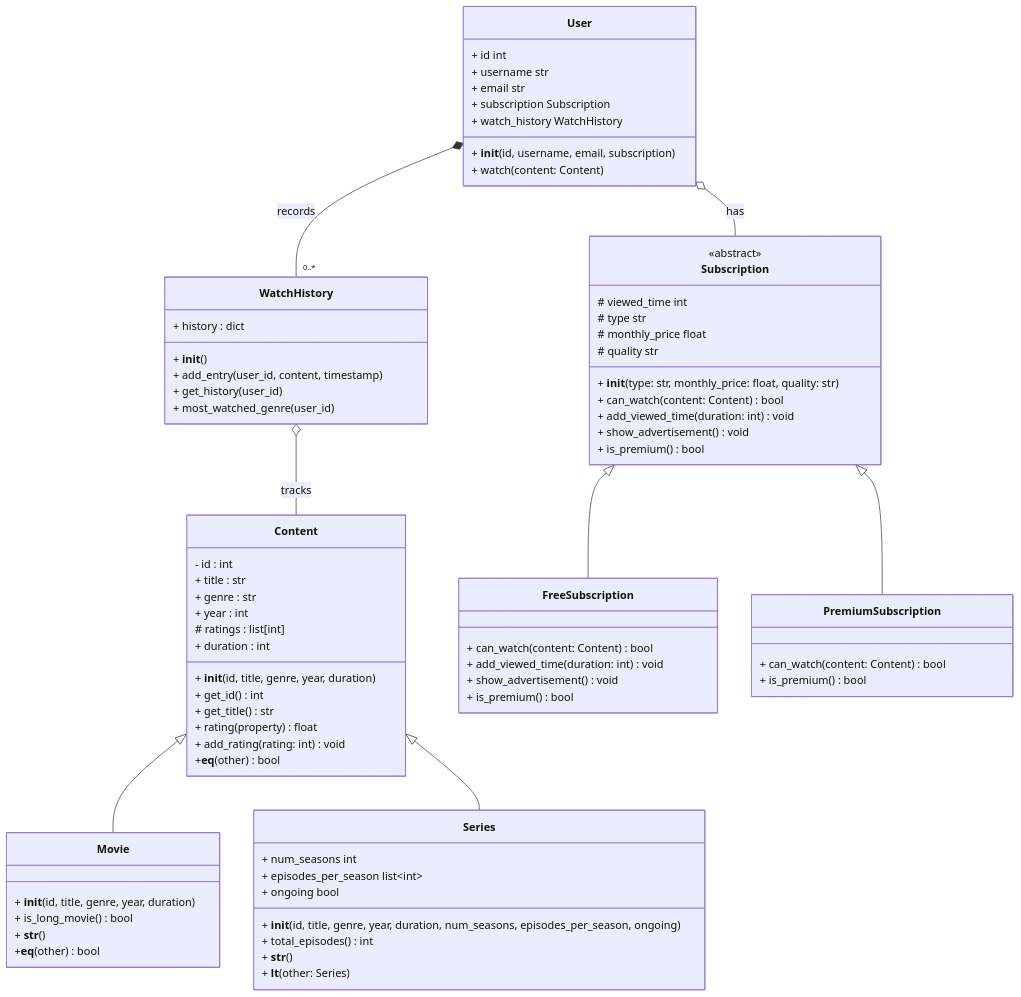
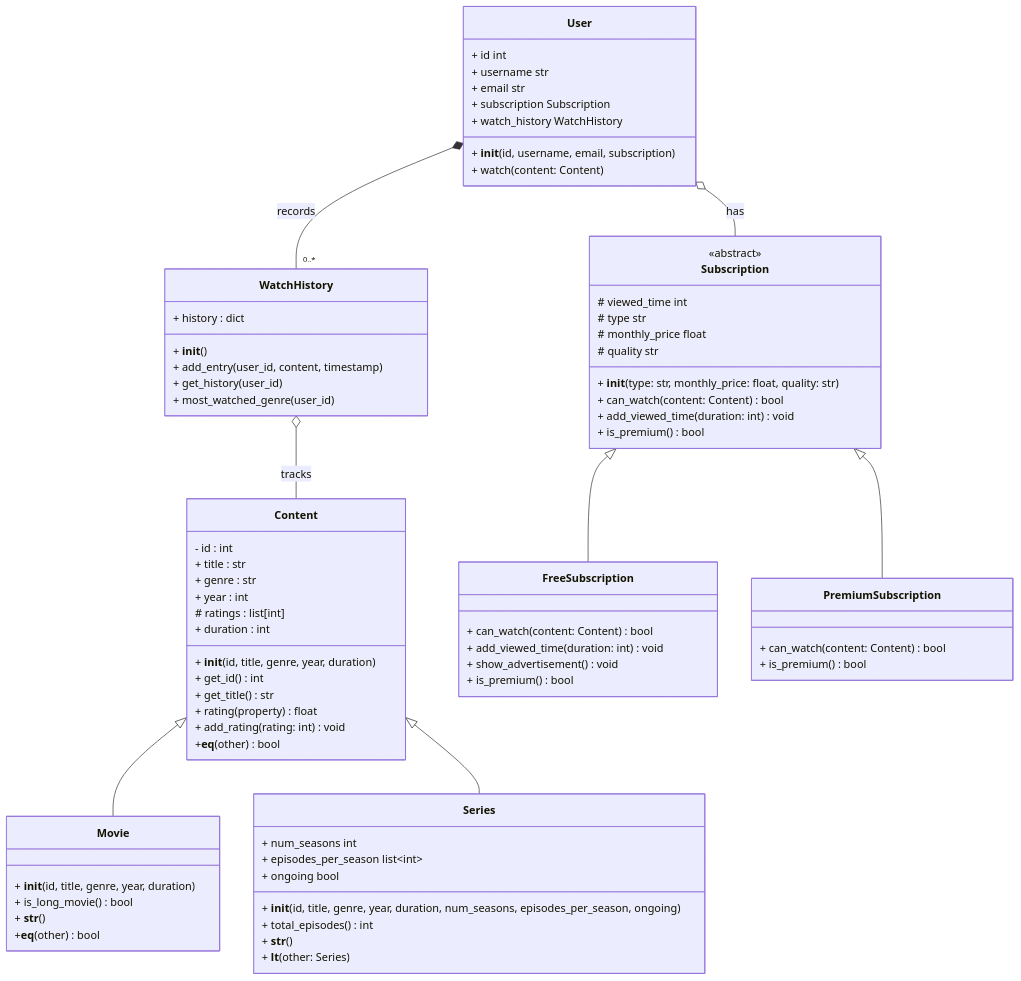
Before and after one commit to aldevgen/aldevgen.github.io: the diagram in _formations/oop/6_examen_fa.md, drawn with Mermaid. The commit also changed other lines of this file and 2 other files, not shown here.

Commit message:
feat: add instructions and to-dos

```diff
--- a/_formations/oop/6_examen_fa.md
+++ b/_formations/oop/6_examen_fa.md
@@ -57,8 +57,8 @@
     class Content {
         - id : int
         + title : str
-        + genre : str 
-        + year : int 
+        + genre : str
+        + year : int
         # ratings : list[int]
         + duration : int
         + __init__(id, title, genre, year, duration)
@@ -68,14 +68,14 @@
         + add_rating(rating: int) void
         +__eq__(other) bool
     }
-    
+
     class Movie {
         + __init__(id, title, genre, year, duration)
         + is_long_movie() bool
         + __str__()
         +__eq__(other) bool
     }
-    
+
     class Series {
         + num_seasons int
         + episodes_per_season list~int~
@@ -85,7 +85,7 @@
         + __str__()
         + __lt__(other: Series)
     }
-    
+
     class Subscription {
         <<abstract>>
         # viewed_time int
@@ -95,22 +95,21 @@
         + __init__(type: str, monthly_price: float, quality: str)
         + can_watch(content: Content) bool
         + add_viewed_time(duration: int) void
-        + show_advertisement() void
         + is_premium() bool
     }
-    
+
     class FreeSubscription {
         + can_watch(content: Content) bool
         + add_viewed_time(duration: int) void
         + show_advertisement() void
         + is_premium() bool
     }
-    
+
     class PremiumSubscription {
         + can_watch(content: Content) bool
         + is_premium() bool
     }
-    
+
     class User {
         + id int
         + username str
@@ -120,7 +119,7 @@
         + __init__(id, username, email, subscription)
         + watch(content: Content)
     }
-    
+
     class WatchHistory {
         + history : dict
         + __init__()
@@ -128,7 +127,7 @@
         + get_history(user_id)
         + most_watched_genre(user_id)
     }
-    
+
     Content <|-- Movie
     Content <|-- Series
     Subscription <|-- FreeSubscription
```
